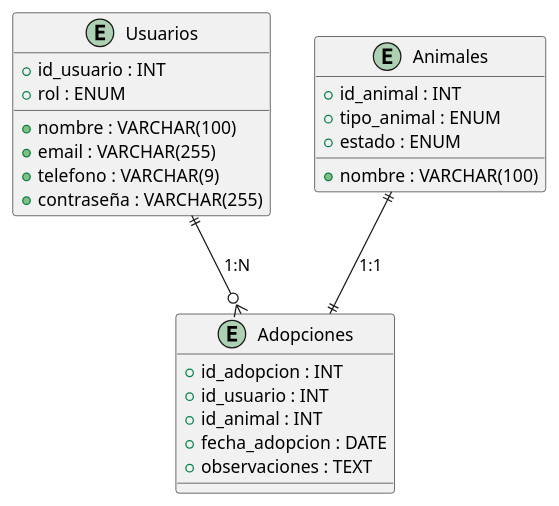
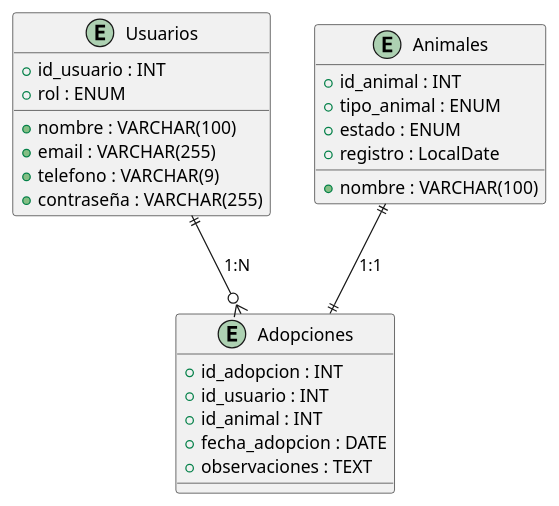
The diagram in README.md (SSanCam/SSanCam-UT02.b_API_REST_SEGURA), drawn with PlantUML before and after one commit. The commit also changed other lines of this file and 6 other files, not shown here.

````diff
--- a/README.md
+++ b/README.md
@@ -121,30 +122,31 @@
 ```plantuml
 @startuml
 entity "Usuarios" as Usuarios {
     + id_usuario : INT
     + nombre : VARCHAR(100)
     + email : VARCHAR(255)
     + telefono : VARCHAR(9)
     + contraseña : VARCHAR(255)
     + rol : ENUM
 }
 
 entity "Animales" as Animales {
     + id_animal : INT
     + nombre : VARCHAR(100)
     + tipo_animal : ENUM
     + estado : ENUM
+    + registro : LocalDate
 }
 
 entity "Adopciones" as Adopciones {
     + id_adopcion : INT
     + id_usuario : INT
     + id_animal : INT
     + fecha_adopcion : DATE
     + observaciones : TEXT
 }
 
 Usuarios ||--o{ Adopciones : "1:N"
 Animales ||--|| Adopciones : "1:1"
 @enduml
 ```
````
